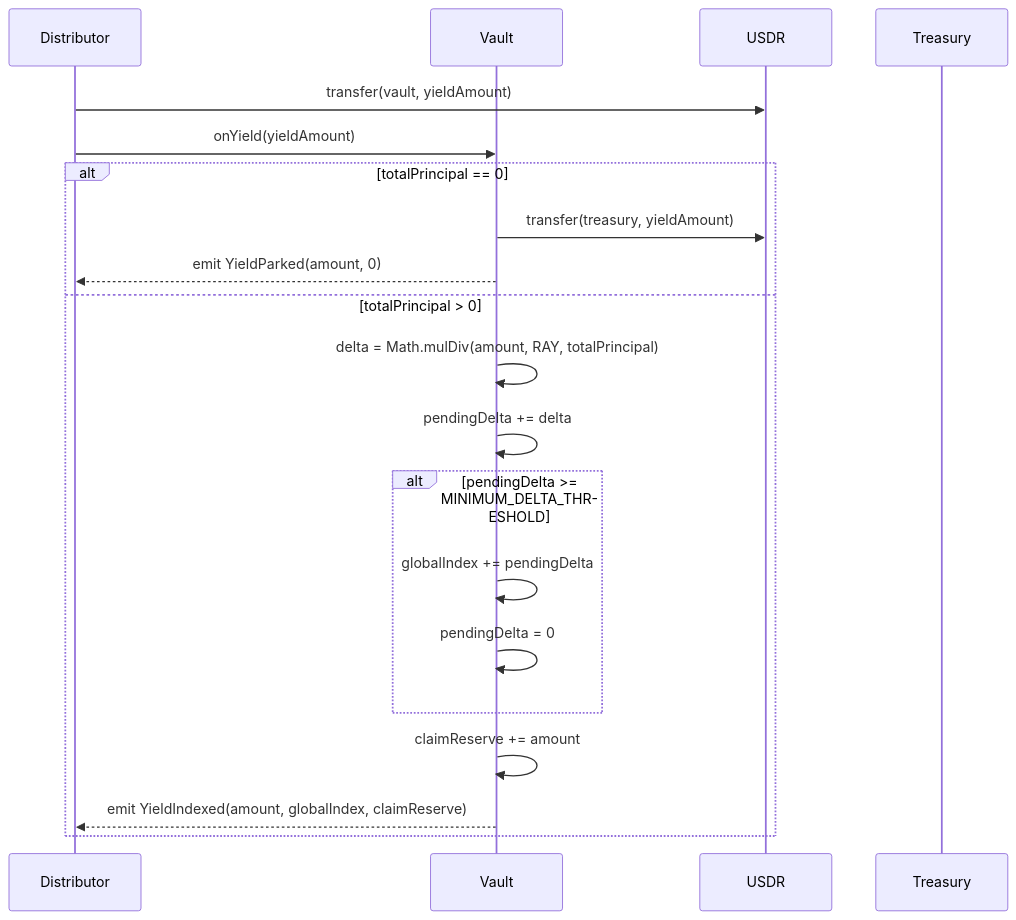
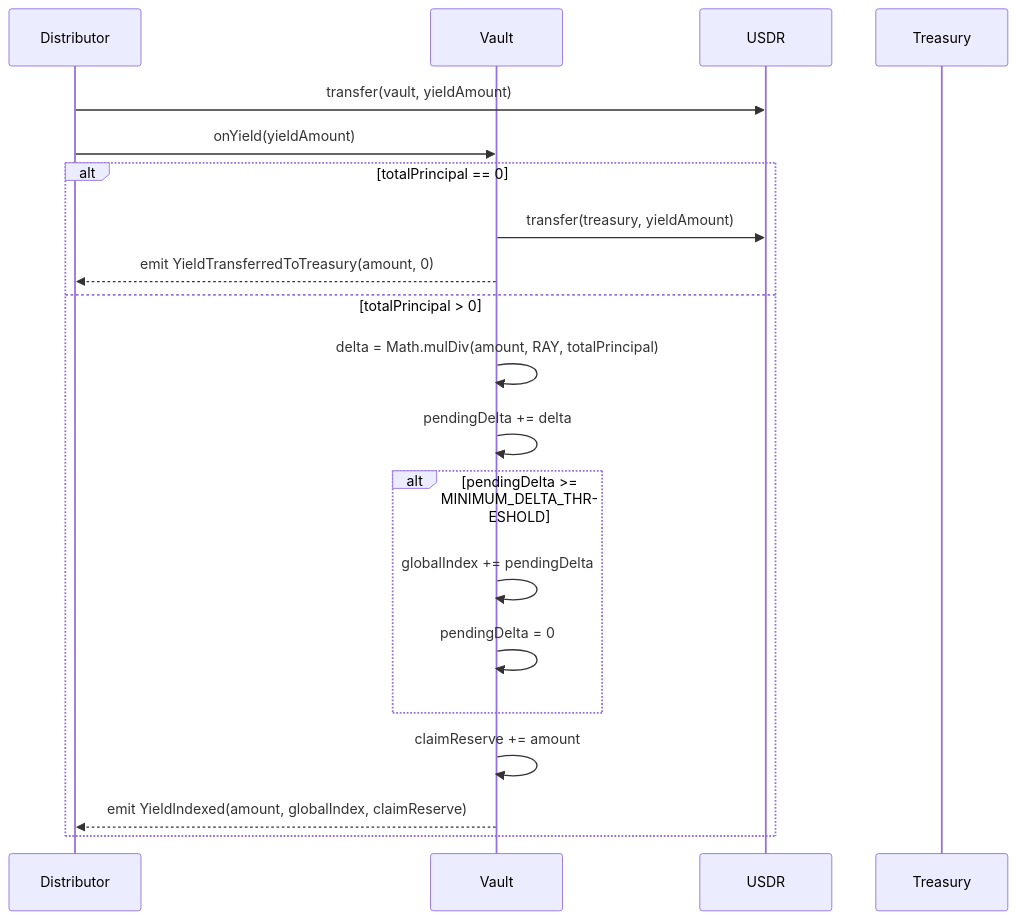
Before and after one commit to StartaleGroup/stablecoin-vault-contracts: the second of 4 diagrams in src/vaults/earn/earn-vault.md, drawn with Mermaid. The commit also changed other lines of this file and 2 other files, not shown here.

Commit message:
updating event

````diff
--- a/src/vaults/earn/earn-vault.md
+++ b/src/vaults/earn/earn-vault.md
@@ -234,24 +77,24 @@
 ```mermaid
 sequenceDiagram
     participant Distributor
     participant Vault
     participant USDR
     participant Treasury
     
     Distributor->>USDR: transfer(vault, yieldAmount)
     Distributor->>Vault: onYield(yieldAmount)
     
     alt totalPrincipal == 0
         Vault->>USDR: transfer(treasury, yieldAmount)
-        Vault-->>Distributor: emit YieldParked(amount, 0)
+        Vault-->>Distributor: emit YieldTransferredToTreasury(amount, 0)
     else totalPrincipal > 0
         Vault->>Vault: delta = Math.mulDiv(amount, RAY, totalPrincipal)
         Vault->>Vault: pendingDelta += delta
         alt pendingDelta >= MINIMUM_DELTA_THRESHOLD
             Vault->>Vault: globalIndex += pendingDelta
             Vault->>Vault: pendingDelta = 0
         end
         Vault->>Vault: claimReserve += amount
         Vault-->>Distributor: emit YieldIndexed(amount, globalIndex, claimReserve)
     end
 ```
````
